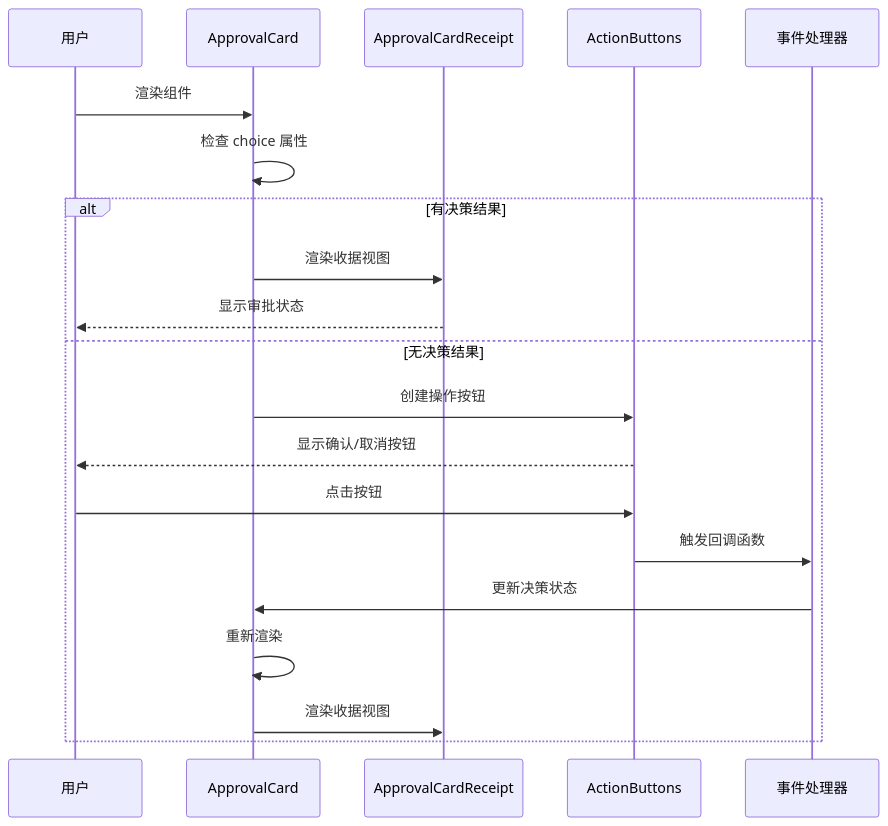
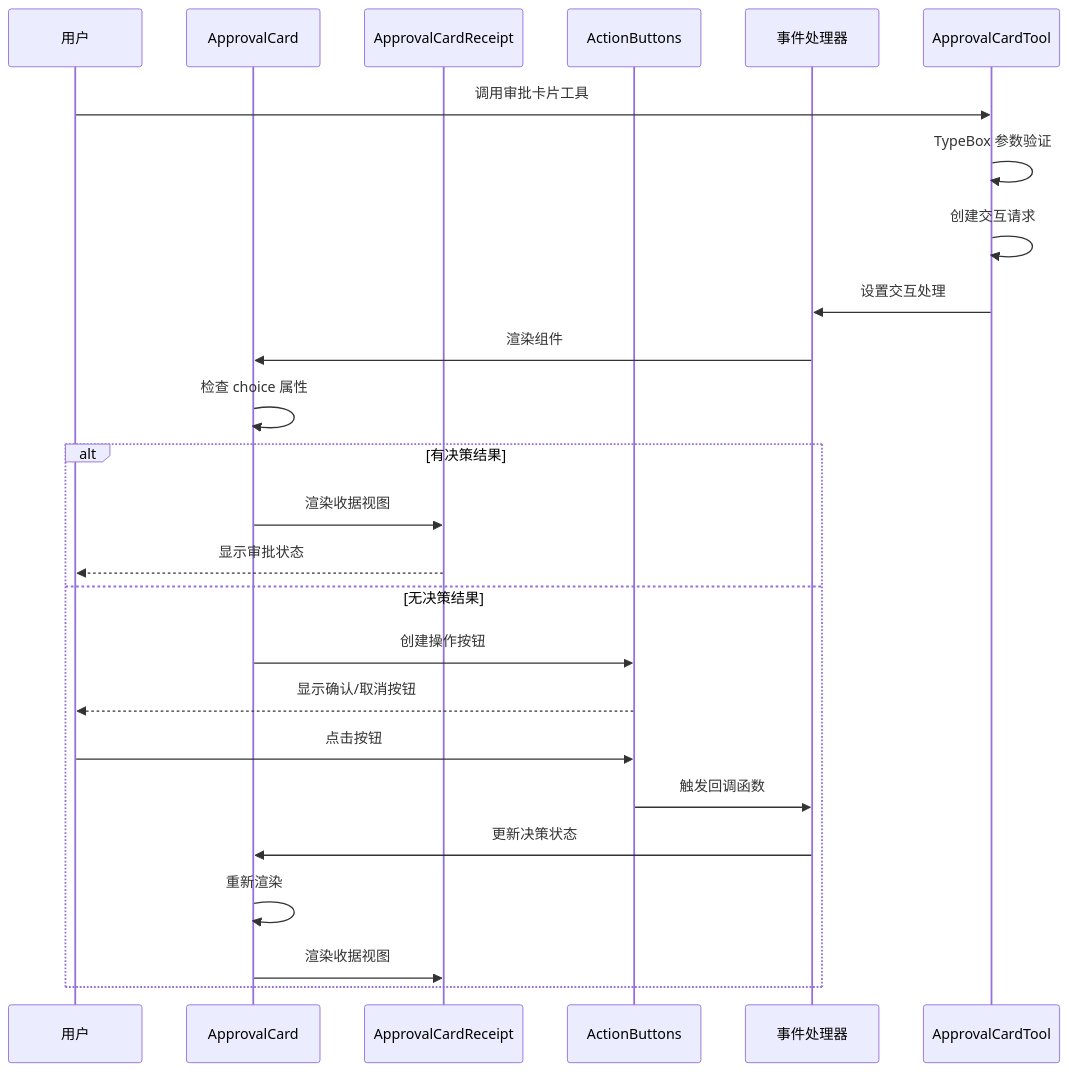
The fourth of 10 diagrams in .qoder/repowiki/zh/content/Web界面/UI组件系统/工具UI组件/审批卡片组件.md (verse-ai-org/openclaw), drawn with Mermaid before and after one commit. The commit also changed other lines of this file and 11 other files, not shown here.

````diff
--- a/.qoder/repowiki/zh/content/Web界面/UI组件系统/工具UI组件/审批卡片组件.md
+++ b/.qoder/repowiki/zh/content/Web界面/UI组件系统/工具UI组件/审批卡片组件.md
@@ -222,22 +246,27 @@
 ```mermaid
 sequenceDiagram
 participant User as 用户
 participant Card as ApprovalCard
 participant Receipt as ApprovalCardReceipt
 participant Actions as ActionButtons
 participant Handler as 事件处理器
-User->>Card : 渲染组件
+participant Tool as ApprovalCardTool
+User->>Tool : 调用审批卡片工具
+Tool->>Tool : TypeBox 参数验证
+Tool->>Tool : 创建交互请求
+Tool->>Handler : 设置交互处理
+Handler->>Card : 渲染组件
 Card->>Card : 检查 choice 属性
 alt 有决策结果
 Card->>Receipt : 渲染收据视图
 Receipt-->>User : 显示审批状态
 else 无决策结果
 Card->>Actions : 创建操作按钮
 Actions-->>User : 显示确认/取消按钮
 User->>Actions : 点击按钮
 Actions->>Handler : 触发回调函数
 Handler->>Card : 更新决策状态
 Card->>Card : 重新渲染
 Card->>Receipt : 渲染收据视图
 end
 ```
````
